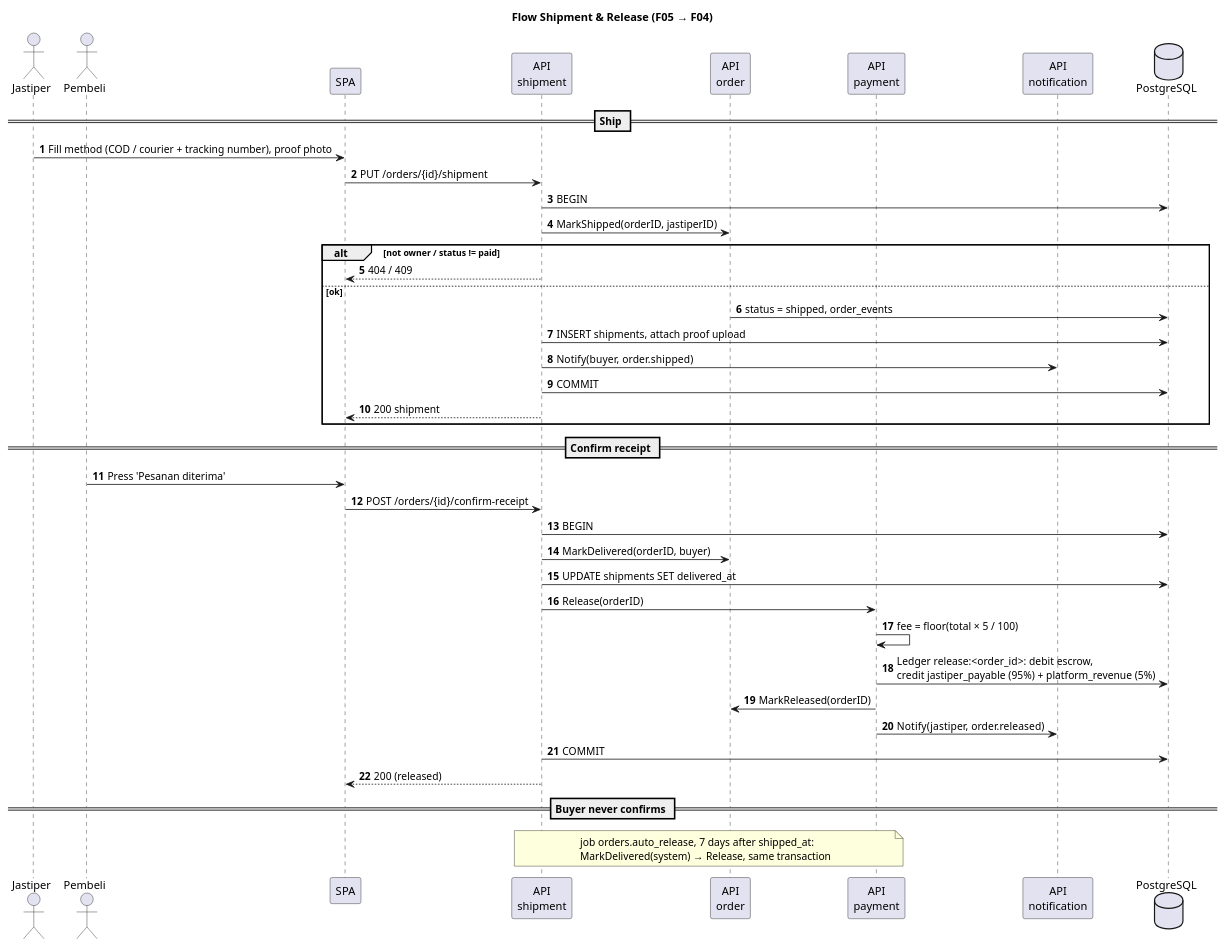
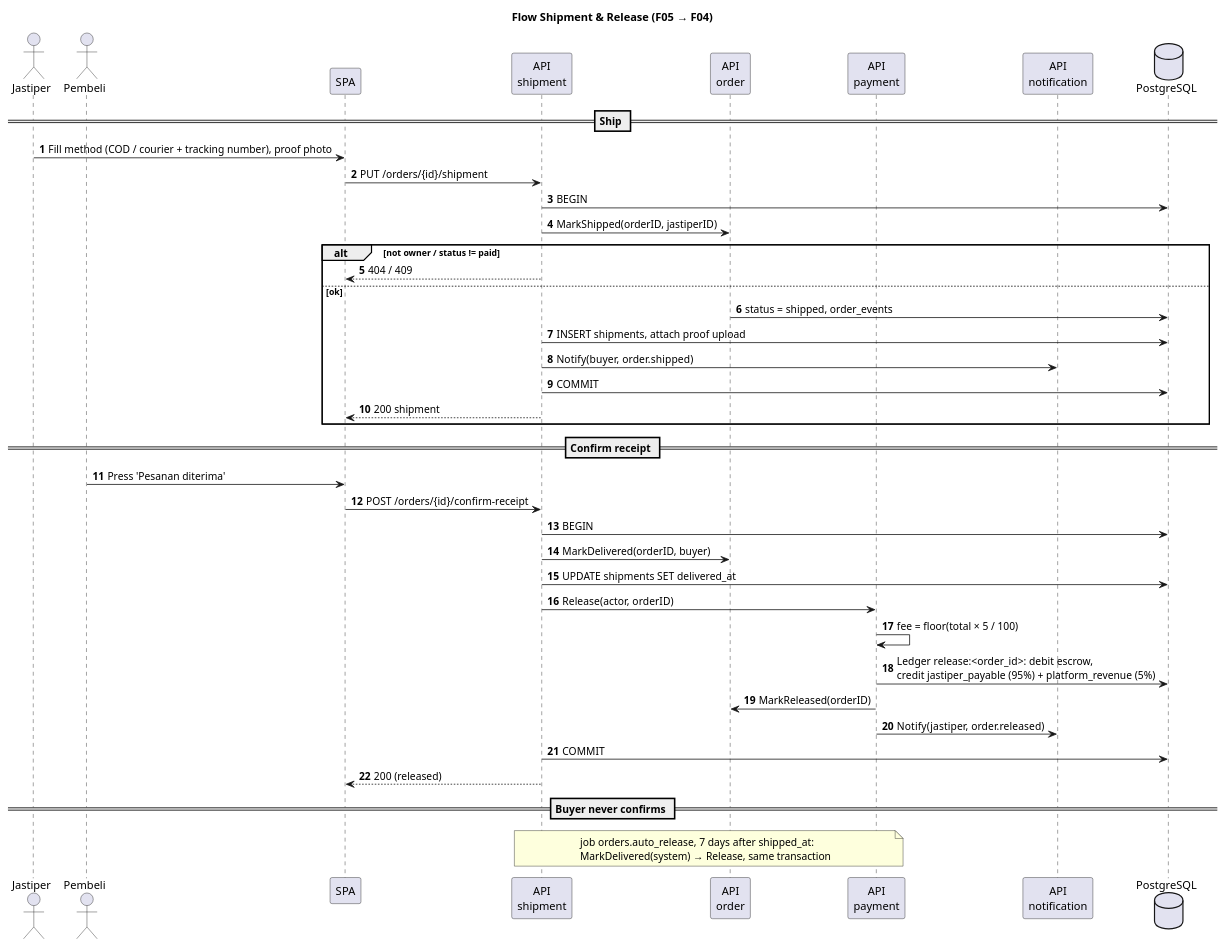
One commit to Titip-Dong/titipdong-be changed the fifth of 8 diagrams in docs/features/README.md. Above: the diagram before and after it, drawn with PlantUML. The commit also changed other lines of this file and 8 other files, not shown here.

````diff
--- a/docs/features/README.md
+++ b/docs/features/README.md
@@ -264,50 +264,50 @@
 ```plantuml
 @startuml shipment-release
 
 title Flow Shipment & Release (F05 → F04)
 
 actor       "Jastiper"          as jas
 actor       "Pembeli"           as buyer
 participant "SPA"               as fe
 participant "API\nshipment"     as ship
 participant "API\norder"        as order
 participant "API\npayment"      as pay
 participant "API\nnotification" as notif
 database    "PostgreSQL"        as db
 
 autonumber
 == Ship ==
 jas -> fe       : Fill method (COD / courier + tracking number), proof photo
 fe -> ship      : PUT /orders/{id}/shipment
 ship -> db      : BEGIN
 ship -> order   : MarkShipped(orderID, jastiperID)
 
 alt not owner / status != paid
     ship --> fe     : 404 / 409
 else ok
     order -> db     : status = shipped, order_events
     ship -> db      : INSERT shipments, attach proof upload
     ship -> notif   : Notify(buyer, order.shipped)
     ship -> db      : COMMIT
     ship --> fe     : 200 shipment
 end
 
 == Confirm receipt ==
 buyer -> fe     : Press 'Pesanan diterima'
 fe -> ship      : POST /orders/{id}/confirm-receipt
 ship -> db      : BEGIN
 ship -> order   : MarkDelivered(orderID, buyer)
 ship -> db      : UPDATE shipments SET delivered_at
-ship -> pay     : Release(orderID)
+ship -> pay     : Release(actor, orderID)
 pay -> pay      : fee = floor(total × 5 / 100)
 pay -> db       : Ledger release:<order_id>: debit escrow,\ncredit jastiper_payable (95%) + platform_revenue (5%)
 pay -> order    : MarkReleased(orderID)
 pay -> notif    : Notify(jastiper, order.released)
 ship -> db      : COMMIT
 ship --> fe     : 200 (released)
 
 == Buyer never confirms ==
 note over ship, pay : job orders.auto_release, 7 days after shipped_at:\nMarkDelivered(system) → Release, same transaction
 
 @enduml
 ```
````
